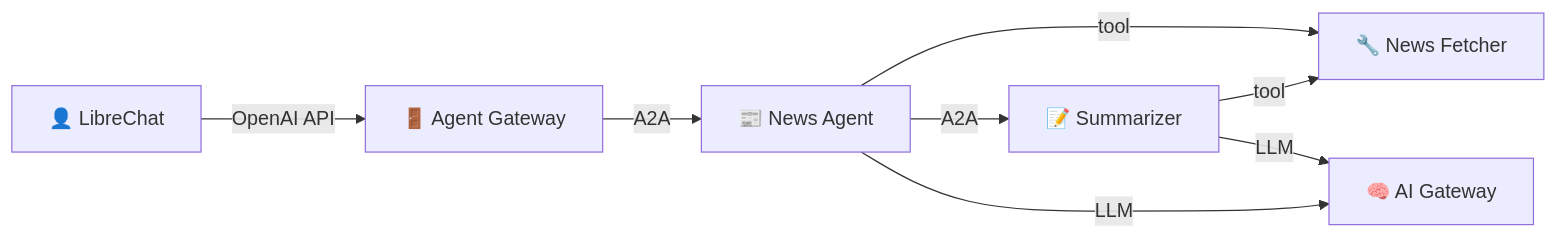
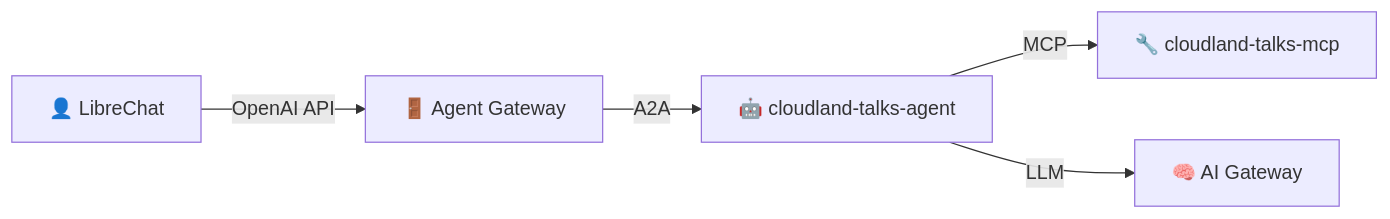
The diagram in steps/01-agentic-layer-runtime/README.md (agentic-layer/workshop), drawn with Mermaid before and after one commit. The commit also changed other lines of this file and 11 other files, not shown here.

First line of the commit message:
refactor: drop news showcase, flatten step 01 to a single agent

````diff
--- a/steps/01-agentic-layer-runtime/README.md
+++ b/steps/01-agentic-layer-runtime/README.md
@@ -65,10 +69,7 @@
 ```mermaid
 graph LR
     User["👤 LibreChat"] -->|OpenAI API|Gateway["🚪 Agent Gateway"]
-    Gateway -->|A2A|NewsAgent["📰 News Agent"]
-    NewsAgent -->|tool|MCPServer["🔧 News Fetcher"]
-    NewsAgent -->|A2A|Summarizer["📝 Summarizer"]
-    Summarizer -->|tool|MCPServer
-    NewsAgent -->|LLM|AI["🧠 AI Gateway"]
-    Summarizer -->|LLM|AI
+    Gateway -->|A2A|Agent["🤖 cloudland-talks-agent"]
+    Agent -->|MCP|MCPServer["🔧 cloudland-talks-mcp"]
+    Agent -->|LLM|AI["🧠 AI Gateway"]
 ```
````
